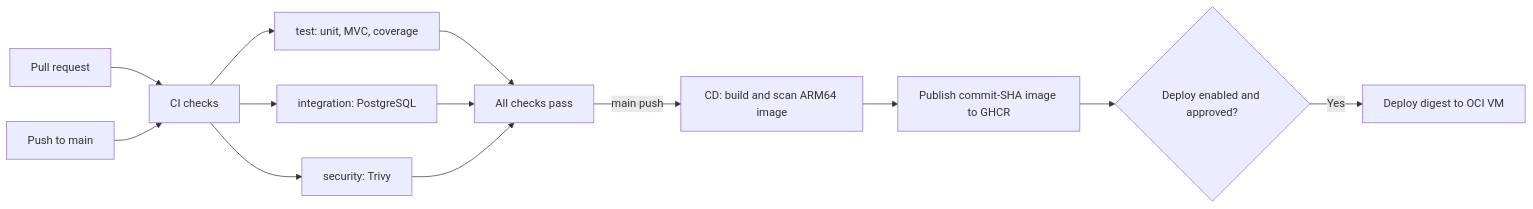
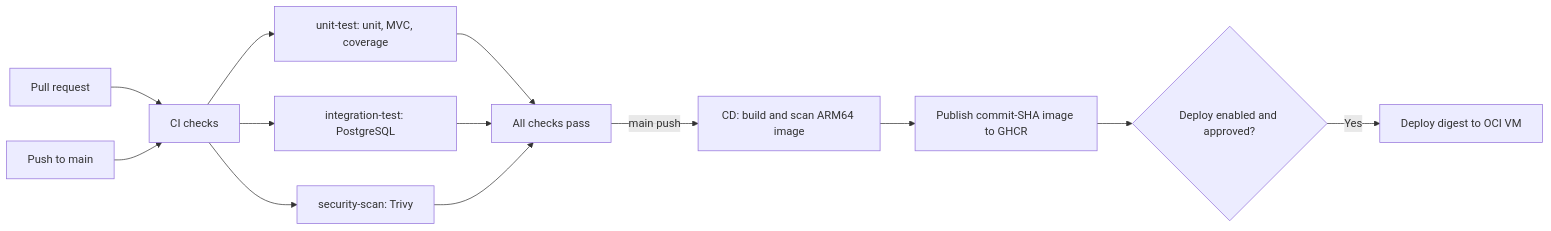
The second of 2 diagrams in data/readmes/kyledelfin2006__libro-library-system.md (zqf20096327/dbhub_collect), drawn with Mermaid before and after one commit. The commit also changed other lines of this file and 666 other files, not shown here.

````diff
--- a/data/readmes/kyledelfin2006__libro-library-system.md
+++ b/data/readmes/kyledelfin2006__libro-library-system.md
@@ -234,15 +234,15 @@
 ```mermaid
 flowchart LR
     PR[Pull request] --> CI[CI checks]
     Main[Push to main] --> CI
-    CI --> Test[test: unit, MVC, coverage]
-    CI --> Integration[integration: PostgreSQL]
-    CI --> Security[security: Trivy]
+    CI --> Test[unit-test: unit, MVC, coverage]
+    CI --> Integration[integration-test: PostgreSQL]
+    CI --> Security[security-scan: Trivy]
     Test --> Pass[All checks pass]
     Integration --> Pass
     Security --> Pass
     Pass -->|main push| Image[CD: build and scan ARM64 image]
     Image --> GHCR[Publish commit-SHA image to GHCR]
     GHCR --> Gate{Deploy enabled and approved?}
     Gate -->|Yes| OCI[Deploy digest to OCI VM]
 ```
````
